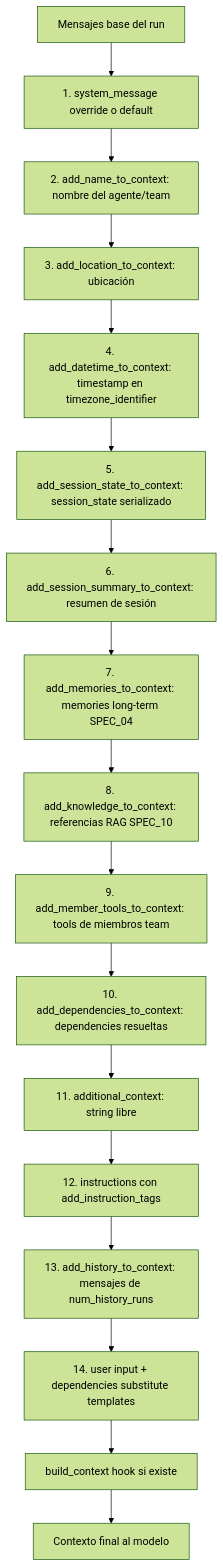
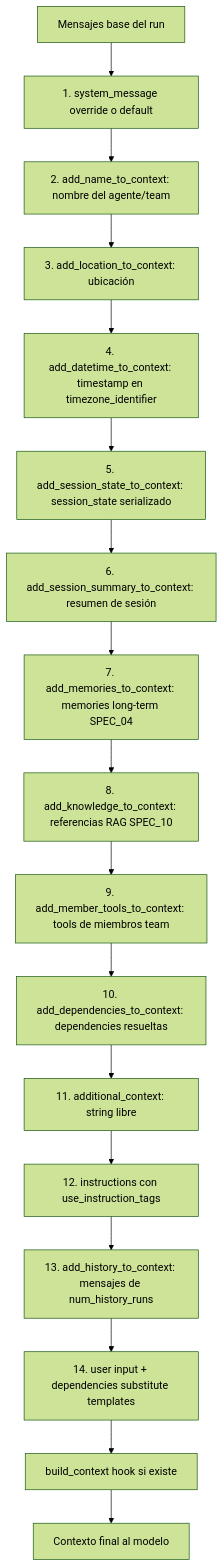
One commit to CENFARG/yaml-agno changed the fourth of 4 diagrams in specs/SPEC_15_CONTEXT_ENGINEERING_AND_COMPRESSION.md. Above: the diagram before and after it, drawn with Mermaid (forest theme). The commit also changed other lines of this file, not shown here.

First line of the commit message:
spec(15): deep review — fix use_instruction_tags flag name, clarify TokenCounter is yaml-agno layer

````diff
--- a/specs/SPEC_15_CONTEXT_ENGINEERING_AND_COMPRESSION.md
+++ b/specs/SPEC_15_CONTEXT_ENGINEERING_AND_COMPRESSION.md
@@ -687,19 +698,19 @@
 ```mermaid
 graph TD
     Start[Mensajes base del run] --> S1[1. system_message override o default]
     S1 --> S2[2. add_name_to_context: nombre del agente/team]
     S2 --> S3[3. add_location_to_context: ubicación]
     S3 --> S4[4. add_datetime_to_context: timestamp en timezone_identifier]
     S4 --> S5[5. add_session_state_to_context: session_state serializado]
     S5 --> S6[6. add_session_summary_to_context: resumen de sesión]
     S6 --> S7[7. add_memories_to_context: memories long-term SPEC_04]
     S7 --> S8[8. add_knowledge_to_context: referencias RAG SPEC_10]
     S8 --> S9[9. add_member_tools_to_context: tools de miembros team]
     S9 --> S10[10. add_dependencies_to_context: dependencies resueltas]
     S10 --> S11[11. additional_context: string libre]
-    S11 --> S12[12. instructions con add_instruction_tags]
+    S11 --> S12[12. instructions con use_instruction_tags]
     S12 --> S13[13. add_history_to_context: mensajes de num_history_runs]
     S13 --> S14[14. user input + dependencies substitute templates]
     S14 --> Build[build_context hook si existe]
     Build --> Final[Contexto final al modelo]
 ```
````
